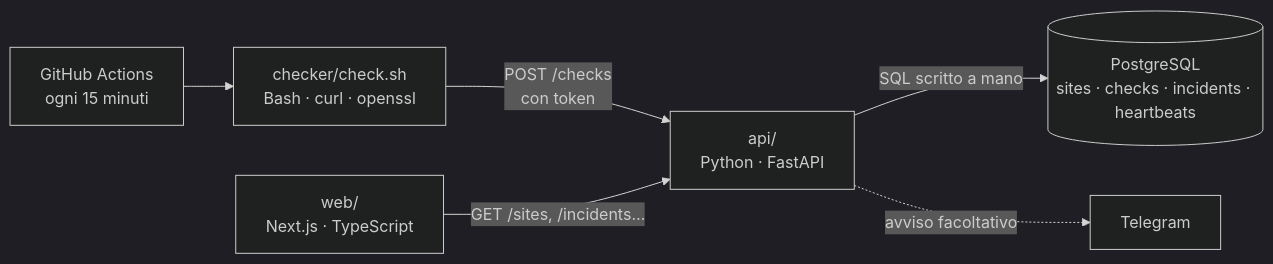
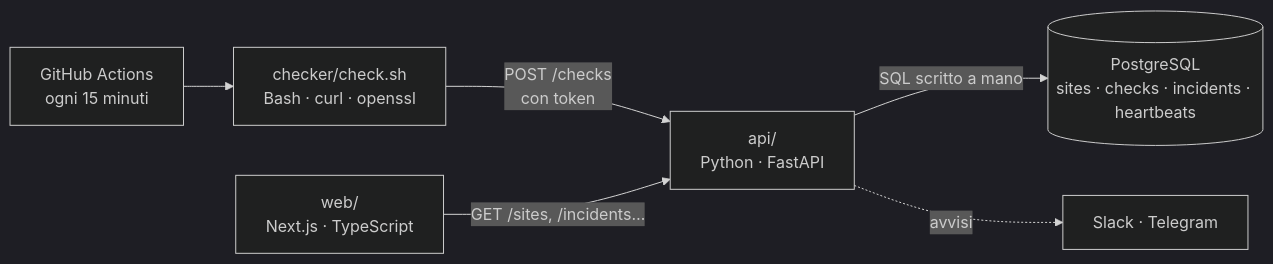
Before and after one commit to sofianekhatib30-ui/polso: the diagram in README.md, drawn with Mermaid (dark theme). The commit also changed other lines of this file and 9 other files, not shown here.

First line of the commit message:
Avvisi su Slack con webhook e messaggio di prova

````diff
--- a/README.md
+++ b/README.md
@@ -12,8 +12,8 @@
 ```mermaid
 flowchart LR
     GA["GitHub Actions<br/>ogni 15 minuti"] --> C["checker/check.sh<br/>Bash · curl · openssl"]
     C -- "POST /checks<br/>con token" --> A["api/<br/>Python · FastAPI"]
     A -- "SQL scritto a mano" --> D[("PostgreSQL<br/>sites · checks · incidents · heartbeats")]
     W["web/<br/>Next.js · TypeScript"] -- "GET /sites, /incidents…" --> A
-    A -. "avviso facoltativo" .-> T["Telegram"]
+    A -. "avvisi" .-> T["Slack · Telegram"]
 ```
````
